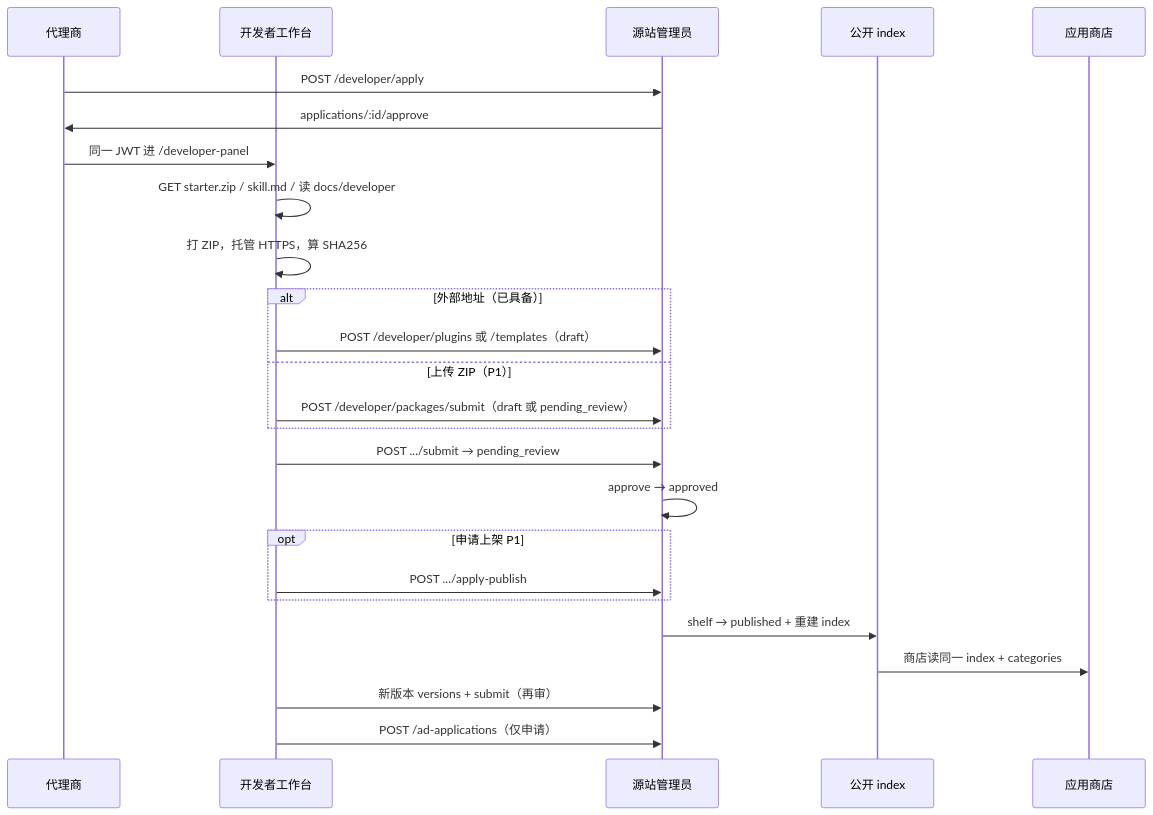
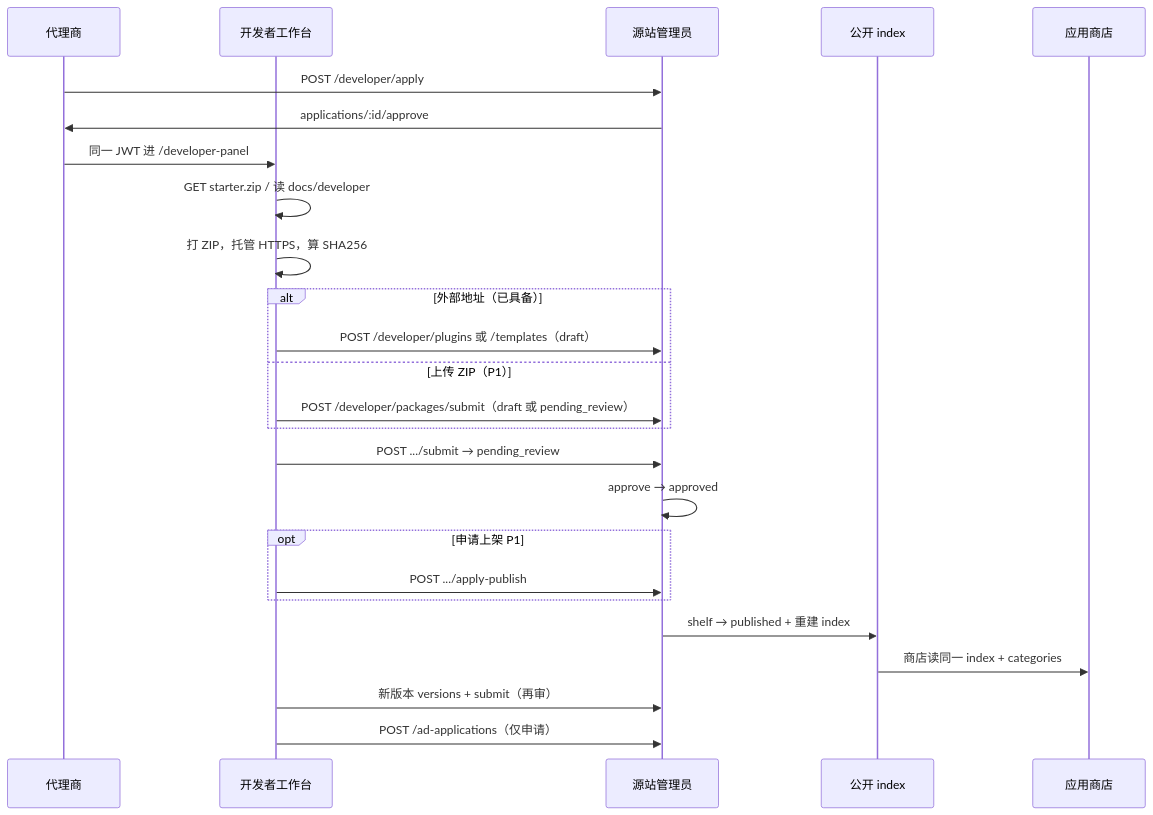
One commit to maizll/auth-pro changed the fourth of 4 diagrams in docs/design/software-source-enterprise.md. Above: the diagram before and after it, drawn with Mermaid. The commit also changed other lines of this file and 70 other files, not shown here.

````diff
--- a/docs/design/software-source-enterprise.md
+++ b/docs/design/software-source-enterprise.md
@@ -430,28 +430,28 @@
 ```mermaid
 sequenceDiagram
   participant A as 代理商
   participant D as 开发者工作台
   participant O as 源站管理员
   participant I as 公开 index
   participant S as 应用商店
 
   A->>O: POST /developer/apply
   O->>A: applications/:id/approve
   A->>D: 同一 JWT 进 /developer-panel
-  D->>D: GET starter.zip / skill.md / 读 docs/developer
+  D->>D: GET starter.zip / 读 docs/developer
   D->>D: 打 ZIP，托管 HTTPS，算 SHA256
   alt 外部地址（已具备）
     D->>O: POST /developer/plugins 或 /templates（draft）
   else 上传 ZIP（P1）
     D->>O: POST /developer/packages/submit（draft 或 pending_review）
   end
   D->>O: POST .../submit → pending_review
   O->>O: approve → approved
   opt 申请上架 P1
     D->>O: POST .../apply-publish
   end
   O->>I: shelf → published + 重建 index
   I->>S: 商店读同一 index + categories
   D->>O: 新版本 versions + submit（再审）
   D->>O: POST /ad-applications（仅申请）
 ```
````
